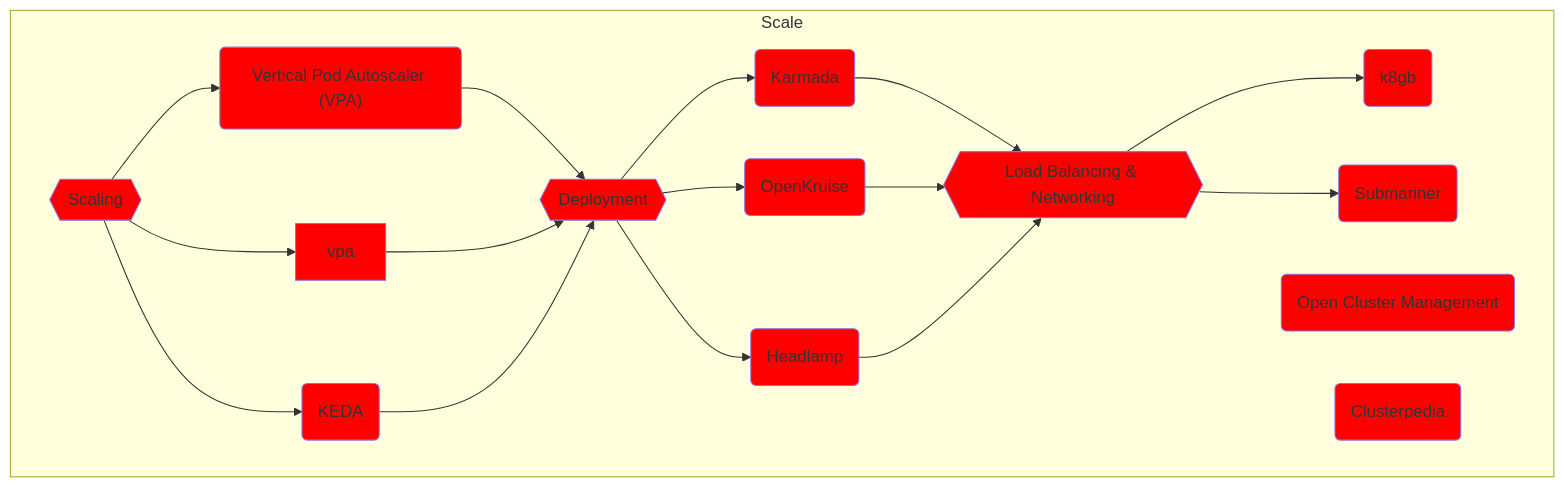
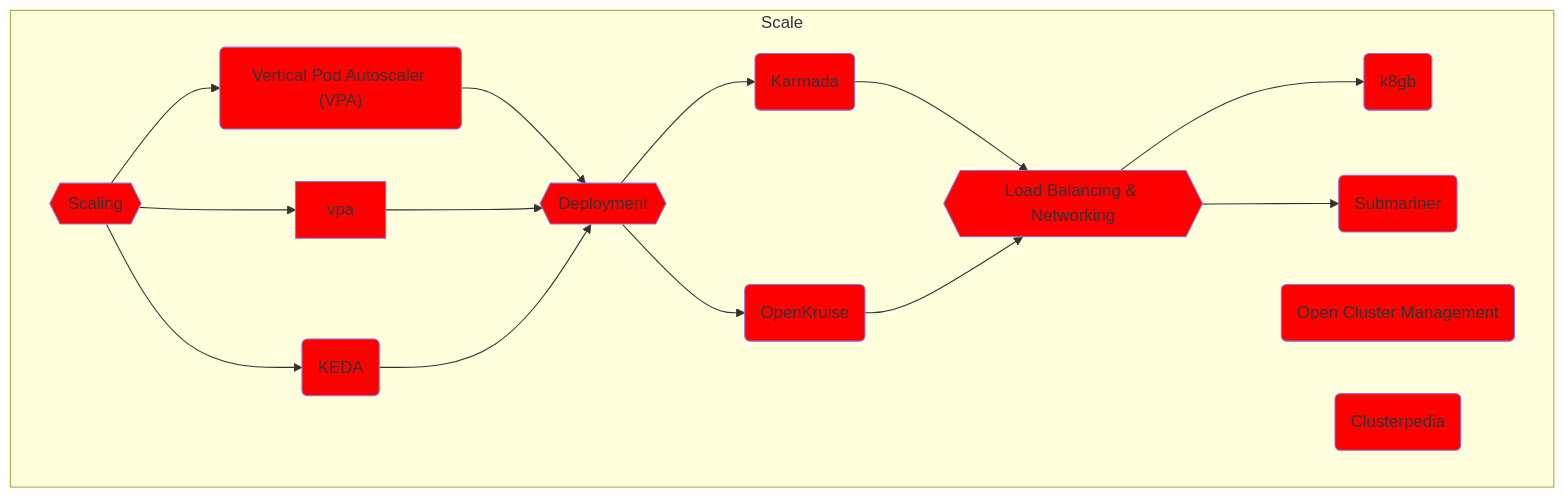
The sixth of 11 diagrams in solution.md (vfarcic/cncf-demo), drawn with Mermaid before and after one commit. The commit also changed 1 other file, not shown here.

````diff
--- a/solution.md
+++ b/solution.md
@@ -668,52 +670,50 @@
 ```mermaid
 flowchart TD
 
     subgraph Scale
 
         %% -------------
         %% -- Scaling --
         %% -------------
         scaling{{Scaling}}
         style scaling fill:red
         hpa("Horizontal Pod Autoscaler (HPA)")
         style hpa fill:red
         hpa("Vertical Pod Autoscaler (VPA)")
         style vpa fill:red
         keda(KEDA)
         style keda fill:red
         scaling --> hpa & vpa & keda --> deployment-mc
 
         %% ------------------------------
         %% -- Multi-Cluster Deployment --
         %% ------------------------------
         deployment-mc{{Deployment}}
         style deployment-mc fill:red
         deployment-mc-karmada(Karmada)
         style deployment-mc-karmada fill:red
         open-kruise(OpenKruise)
         style open-kruise fill:red
-        headlamp(Headlamp)
-        style headlamp fill:red
-        deployment-mc --> deployment-mc-karmada & open-kruise & headlamp --> lb-mc
+        deployment-mc --> deployment-mc-karmada & open-kruise --> lb-mc
 
         %% ---------------------------------
         %% -- Load Balancing & Networking --
         %% ---------------------------------
         lb-mc{{Load Balancing & Networking}}
         style lb-mc fill:red
         lb-mc-k8gb(k8gb)
         style lb-mc-k8gb fill:red
         lb-mc-submariner(Submariner)
         style lb-mc-submariner fill:red
         lb-mc --> lb-mc-k8gb & lb-mc-submariner
 
         %% -----------
         %% -- TODO: --
         %% -----------
         open-cluster-management(Open Cluster Management)
         style open-cluster-management fill:red
         clusterpedia(Clusterpedia)
         style clusterpedia fill:red
 
     end
 ```
````
